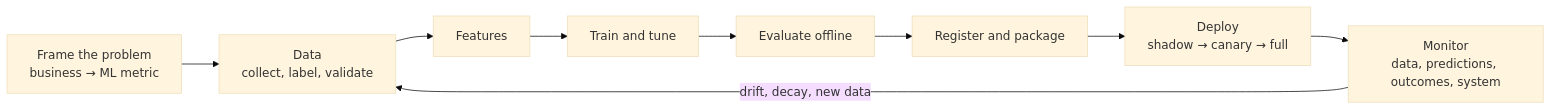
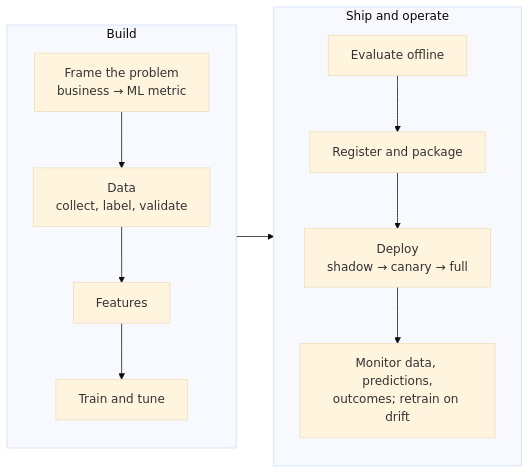
One commit to rajan-021/AI-ML changed the diagram in docs/production/mlops.md. Above: the diagram before and after it, drawn with Mermaid (base theme). The commit also changed 20 other files, not shown here.

First line of the commit message:
Make diagrams readable at the content width

````diff
--- a/docs/production/mlops.md
+++ b/docs/production/mlops.md
@@ -22,11 +22,16 @@
 ```mermaid
 flowchart LR
-    A["Frame the problem<br/>business → ML metric"] --> B["Data<br/>collect, label, validate"]
-    B --> C["Features"]
-    C --> D["Train and tune"]
-    D --> E["Evaluate offline"]
-    E --> F["Register and package"]
-    F --> G["Deploy<br/>shadow → canary → full"]
-    G --> H["Monitor<br/>data, predictions, outcomes, system"]
-    H -->|"drift, decay, new data"| B
+    subgraph BUILD["Build"]
+        direction TB
+        A["Frame the problem<br/>business → ML metric"] --> B["Data<br/>collect, label, validate"]
+        B --> C["Features"]
+        C --> D["Train and tune"]
+    end
+    subgraph RUN["Ship and operate"]
+        direction TB
+        E["Evaluate offline"] --> F["Register and package"]
+        F --> G["Deploy<br/>shadow → canary → full"]
+        G --> H["Monitor data, predictions,<br/>outcomes; retrain on drift"]
+    end
+    BUILD --> RUN
 ```
````
